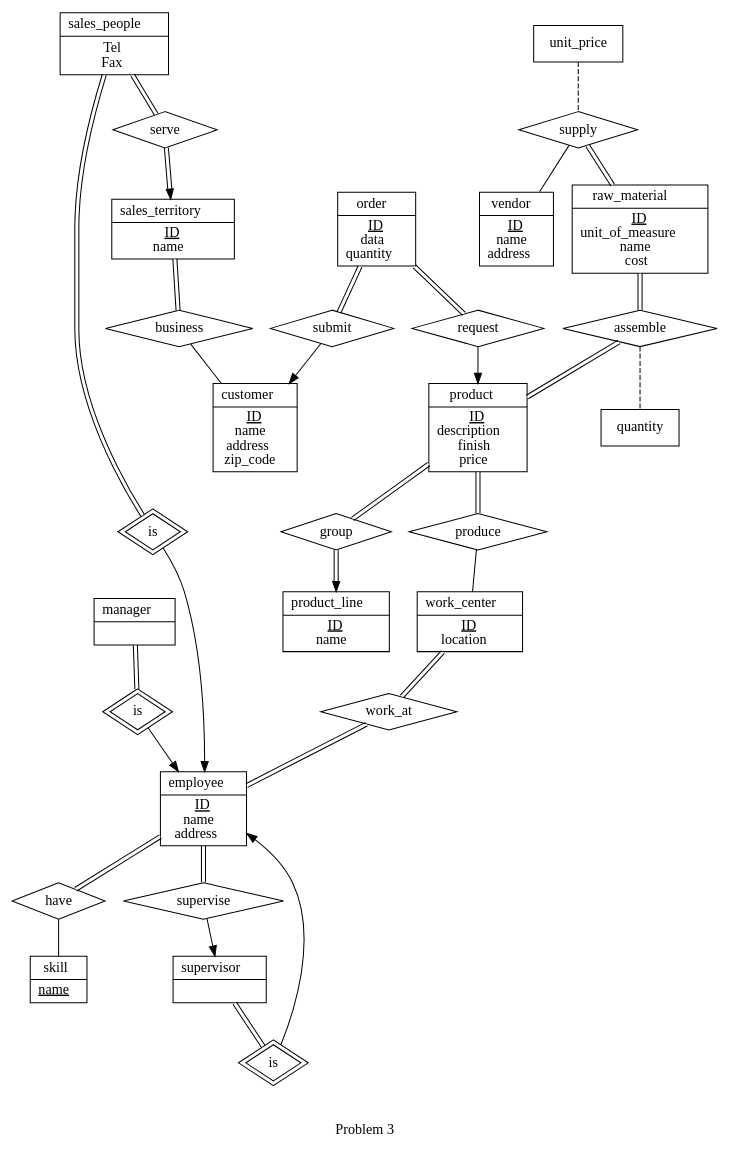
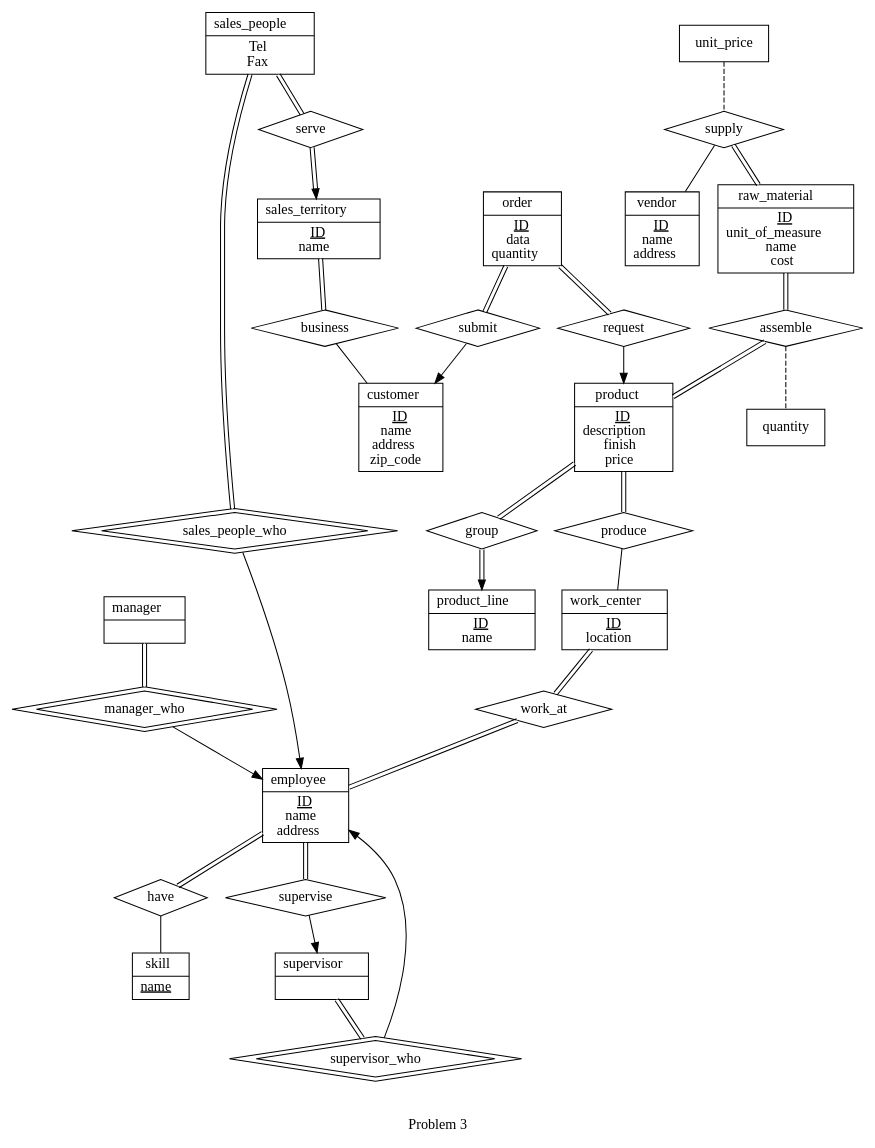
The diagram in hw2/3.dot (t-k-/CIS-637), drawn with Graphviz before and after one commit. The commit also changed 4 other files, not shown here.

```diff
--- a/hw2/3.dot
+++ b/hw2/3.dot
@@ -1,99 +1,99 @@
 graph {
     label="\n\n Problem 3"
  
 	{ node[shape="record"]
 	raw_material 
 	[label=<{raw_material|<u>ID</u><br/>unit_of_measure<br/>name<br/>cost<br/>}>]
 	vendor 
 	[label=<{vendor|<u>ID</u><br/>name<br/>address<br/>}>]
 	sales_territory  
 	[label=<{sales_territory|<u>ID</u><br/>name<br/>}>]
 	sales_people 
 	[label=<{sales_people|Tel<br/>Fax<br/>}>]
 	product 
 	[label=<{product|<u>ID</u><br/>description<br/>finish<br/>price<br/>}>]
 	customer  
 	[label=<{customer|<u>ID</u><br/>name<br/>address<br/>zip_code<br/>}>]
 	product_line  
 	[label=<{product_line|<u>ID</u><br/>name<br/>}>]
 	order  
 	[label=<{order|<u>ID</u><br/>data<br/>quantity<br/>}>]
 	work_center  
 	[label=<{work_center|<u>ID</u><br/>location<br/>}>]
 	employee  
 	[label=<{employee|<u>ID</u><br/>name<br/>address<br/>}>]
 	manager  
 	[label=<{manager|}>]
 	supervisor  
 	[label=<{supervisor|}>]
 	skill  
 	[label=<{skill|<u>name</u>}>]
 	}
     { node[shape="diamond"]
 	supply
 	serve
 	business
 	assemble
 	produce
 	group
 	request
 	submit
 	work_at
 	have	
 	supervise
 	}
     { node[shape="diamond", peripheries=2]
-	is_0 [label="is"]
-	is_1 [label="is"]
-	is_2 [label="is"]
+	is_0 [label="manager_who"]
+	is_1 [label="supervisor_who"]
+	is_2 [label="sales_people_who"]
 	}
     { node[shape="box"]
 	unit_price
 	quantity
 	}
  
 	{ edge[dir=none]
 	supply -- vendor
 	business -- customer
 	produce -- work_center
 	have -- skill
 	}
 	{ edge[dir=forward]
 	request -- product
 	is_0 -- employee
 	is_1 -- employee
 	is_2 -- employee
 	supervise -- supervisor
 	submit -- customer 
 	}
 	{ edge[dir=forward, color="black:white:black"]
 	serve -- sales_territory
 	group -- product_line
 	}
 	{ edge[color="black:white:black"]
 	supply -- raw_material
 	raw_material -- assemble
 	assemble -- product
 	sales_people -- serve
 	sales_territory -- business
 	product -- produce
 	product -- group 
 	order -- request
 	order -- submit
 	work_center -- work_at
 	work_at -- employee
 	manager -- is_0
 	supervisor -- is_1
 	sales_people -- is_2
 	employee -- have
 	employee -- supervise
 	}
 	{ edge[style="dashed"]
 	unit_price -- supply
 	assemble -- quantity
 	}
 	{ edge[]
 	}
 	{ edge[style=invis]
 	}
 }
```
